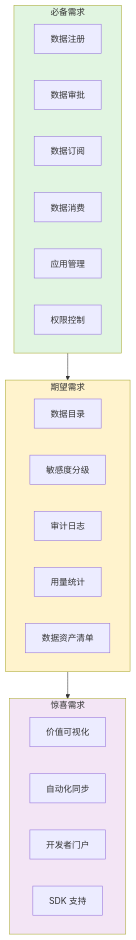
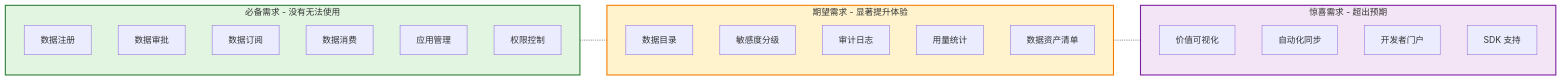
One commit to THZSummer/Product changed the sixth of 10 diagrams in open-app/.specs/feature-session-001/discovery-report.md. Above: the diagram before and after it, drawn with Mermaid.

Commit message:
design: 重画 4.1 需求分层图表
- 整体布局：LR（从左到右）
- 每个 subgraph 内：direction TB + &语法，实现水平排列
- 三大块：必备需求、期望需求、惊喜需求左右排列
- 虚线连接：表示层级关系
- 边框样式：增加边框颜色和宽度，更醒目

````diff
--- a/open-app/.specs/feature-session-001/discovery-report.md
+++ b/open-app/.specs/feature-session-001/discovery-report.md
@@ -210,32 +210,23 @@
 ```mermaid
-graph TB
-    subgraph Must_Have[必备需求]
-        M1[数据注册]
-        M2[数据审批]
-        M3[数据订阅]
-        M4[数据消费]
-        M5[应用管理]
-        M6[权限控制]
+graph LR
+    subgraph Must_Have[必备需求 - 没有无法使用]
+        direction TB
+        M1[数据注册] & M2[数据审批] & M3[数据订阅] & M4[数据消费] & M5[应用管理] & M6[权限控制]
     end
     
-    subgraph Should_Have[期望需求]
-        S1[数据目录]
-        S2[敏感度分级]
-        S3[审计日志]
-        S4[用量统计]
-        S5[数据资产清单]
+    subgraph Should_Have[期望需求 - 显著提升体验]
+        direction TB
+        S1[数据目录] & S2[敏感度分级] & S3[审计日志] & S4[用量统计] & S5[数据资产清单]
     end
     
-    subgraph Could_Have[惊喜需求]
-        C1[价值可视化]
-        C2[自动化同步]
-        C3[开发者门户]
-        C4[SDK 支持]
+    subgraph Could_Have[惊喜需求 - 超出预期]
+        direction TB
+        C1[价值可视化] & C2[自动化同步] & C3[开发者门户] & C4[SDK 支持]
     end
     
-    Must_Have --> Should_Have --> Could_Have
+    Must_Have -.- Should_Have -.- Could_Have
     
-    style Must_Have fill:#e1f5e1
-    style Should_Have fill:#fff3cd
-    style Could_Have fill:#f3e5f5
+    style Must_Have fill:#e1f5e1,stroke:#2e7d32,stroke-width:2px
+    style Should_Have fill:#fff3cd,stroke:#f57c00,stroke-width:2px
+    style Could_Have fill:#f3e5f5,stroke:#7b1fa2,stroke-width:2px
 ```
````
